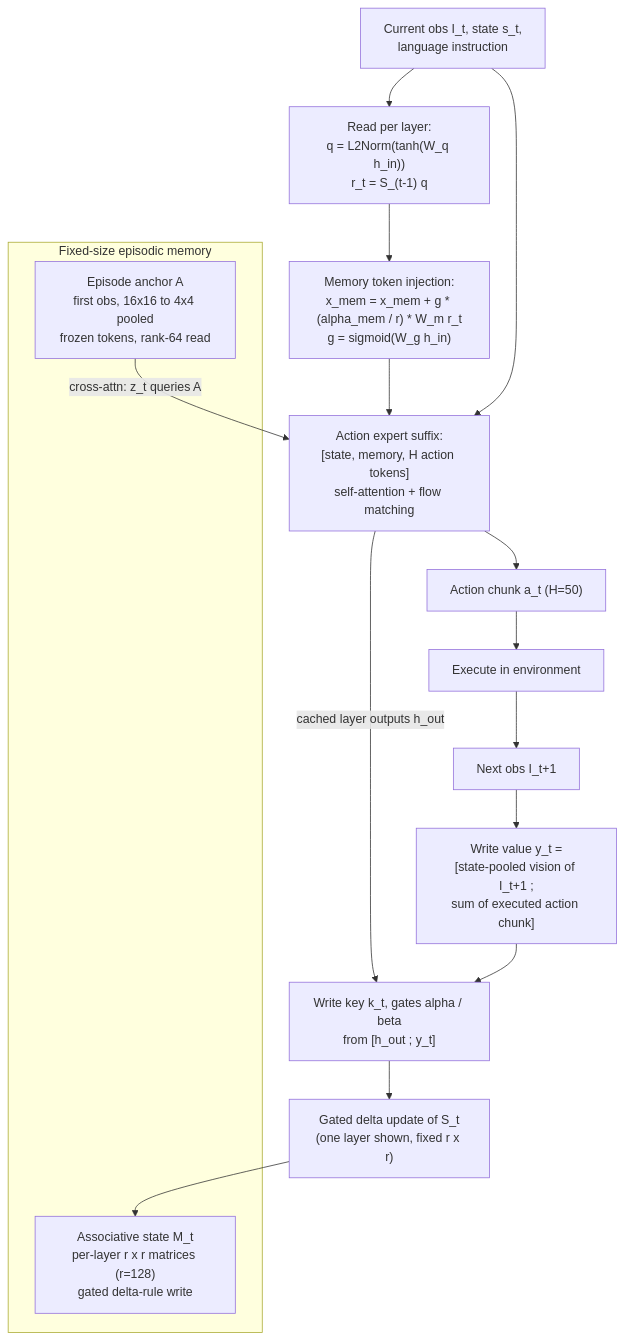
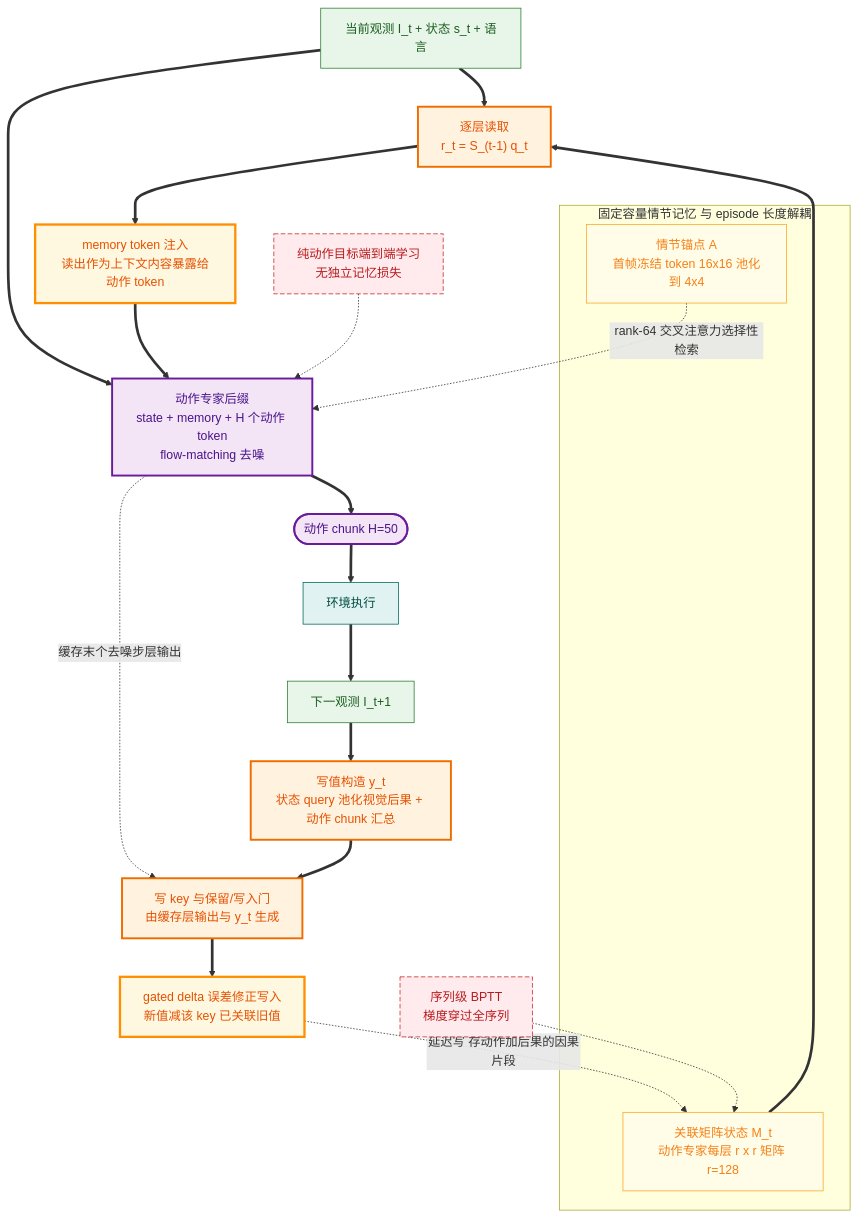
Before and after one commit to luohu-arch/physical_intelligence_study: the diagram in notes/memory/membodied.md, drawn with Mermaid. The commit also changed 153 other files, not shown here.

````diff
--- a/notes/memory/membodied.md
+++ b/notes/memory/membodied.md
@@ -50,21 +50,51 @@
 ```mermaid
-graph TD
-    subgraph MEM["Fixed-size episodic memory"]
-        MS["Associative state M_t<br/>per-layer r x r matrices (r=128)<br/>gated delta-rule write"]
-        ANC["Episode anchor A<br/>first obs, 16x16 to 4x4 pooled<br/>frozen tokens, rank-64 read"]
+%%{init: {
+  'theme':'base',
+  'themeVariables':{
+    'primaryColor':'#fafbfd','primaryBorderColor':'#4a5d7d','primaryTextColor':'#1f2937',
+    'fontFamily':'"PingFang SC","Hiragino Sans GB","Microsoft YaHei",sans-serif',
+    'fontSize':'14px','clusterBkg':'#fbfcfe','clusterBorder':'#b9c6d8','edgeLabelBackground':'#ffffff'
+  },
+  'flowchart':{'curve':'basis','nodeSpacing':26,'rankSpacing':42,'padding':10}
+}}%%
+flowchart TD
+    OBS[当前观测 I_t + 状态 s_t + 语言]:::data
+
+    subgraph MEM["固定容量情节记忆 与 episode 长度解耦"]
+        MS[关联矩阵状态 M_t<br/>动作专家每层 r x r 矩阵 r=128]:::mem
+        ANC[情节锚点 A<br/>首帧冻结 token 16x16 池化到 4x4]:::mem
     end
 
-    OBS["Current obs I_t, state s_t,<br/>language instruction"] --> READ["Read per layer:<br/>q = L2Norm(tanh(W_q h_in))<br/>r_t = S_(t-1) q"]
-    READ --> MTOK["Memory token injection:<br/>x_mem = x_mem + g * (alpha_mem / r) * W_m r_t<br/>g = sigmoid(W_g h_in)"]
-    MTOK --> SUFFIX["Action expert suffix:<br/>[state, memory, H action tokens]<br/>self-attention + flow matching"]
-    OBS --> SUFFIX
-    ANC -->|"cross-attn: z_t queries A"| SUFFIX
-    SUFFIX --> ACT["Action chunk a_t (H=50)"]
-    ACT --> EXEC["Execute in environment"]
-    EXEC --> NEXT["Next obs I_t+1"]
-    NEXT --> WV["Write value y_t =<br/>[state-pooled vision of I_t+1 ;<br/>sum of executed action chunk]"]
-    SUFFIX -->|"cached layer outputs h_out"| GATES["Write key k_t, gates alpha / beta<br/>from [h_out ; y_t]"]
-    WV --> GATES
-    GATES --> DELTA["Gated delta update of S_t<br/>(one layer shown, fixed r x r)"]
-    DELTA --> MS
+    READ["逐层读取<br/>r_t = S_(t-1) q_t"]:::train
+    MTOK[memory token 注入<br/>读出作为上下文内容暴露给动作 token]:::key
+    SUFFIX[动作专家后缀<br/>state + memory + H 个动作 token<br/>flow-matching 去噪]:::act
+    OBS ==> READ
+    MS ==> READ
+    READ ==> MTOK
+    OBS ==> SUFFIX
+    MTOK ==> SUFFIX
+    ANC -.rank-64 交叉注意力选择性检索.-> SUFFIX
+    SUFFIX ==> ACT([动作 chunk H=50]):::act
+    ACT ==> EXEC[环境执行]:::env
+    EXEC ==> NEXT[下一观测 I_t+1]:::data
+    WV[写值构造 y_t<br/>状态 query 池化视觉后果 + 动作 chunk 汇总]:::train
+    NEXT ==> WV
+    GATES[写 key 与保留/写入门<br/>由缓存层输出与 y_t 生成]:::train
+    SUFFIX -.缓存末个去噪步层输出.-> GATES
+    WV ==> GATES
+    DELTA[gated delta 误差修正写入<br/>新值减该 key 已关联旧值]:::key
+    GATES ==> DELTA
+    DELTA -.延迟写 存动作加后果的因果片段.-> MS
+    LOSS[纯动作目标端到端学习<br/>无独立记忆损失]:::loss
+    LOSS -.-> SUFFIX
+    BPTT[序列级 BPTT<br/>梯度穿过全序列]:::loss
+    BPTT -.-> MS
+
+    classDef data fill:#e8f5e9,stroke:#2e7d32,color:#1b5e20
+    classDef train fill:#fff3e0,stroke:#ef6c00,stroke-width:2.5px,color:#e65100
+    classDef loss fill:#ffebee,stroke:#c62828,stroke-dasharray:6 3,color:#b71c1c
+    classDef act fill:#f3e5f5,stroke:#6a1b9a,stroke-width:2.5px,color:#4a148c
+    classDef env fill:#e0f2f1,stroke:#00695c,color:#004d40
+    classDef mem fill:#fffde7,stroke:#f9a825,color:#f57f17
+    classDef key fill:#fff8e1,stroke:#ff8f00,stroke-width:3px,color:#e65100
 ```
````
